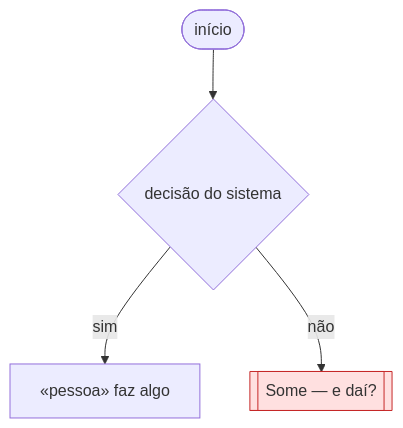
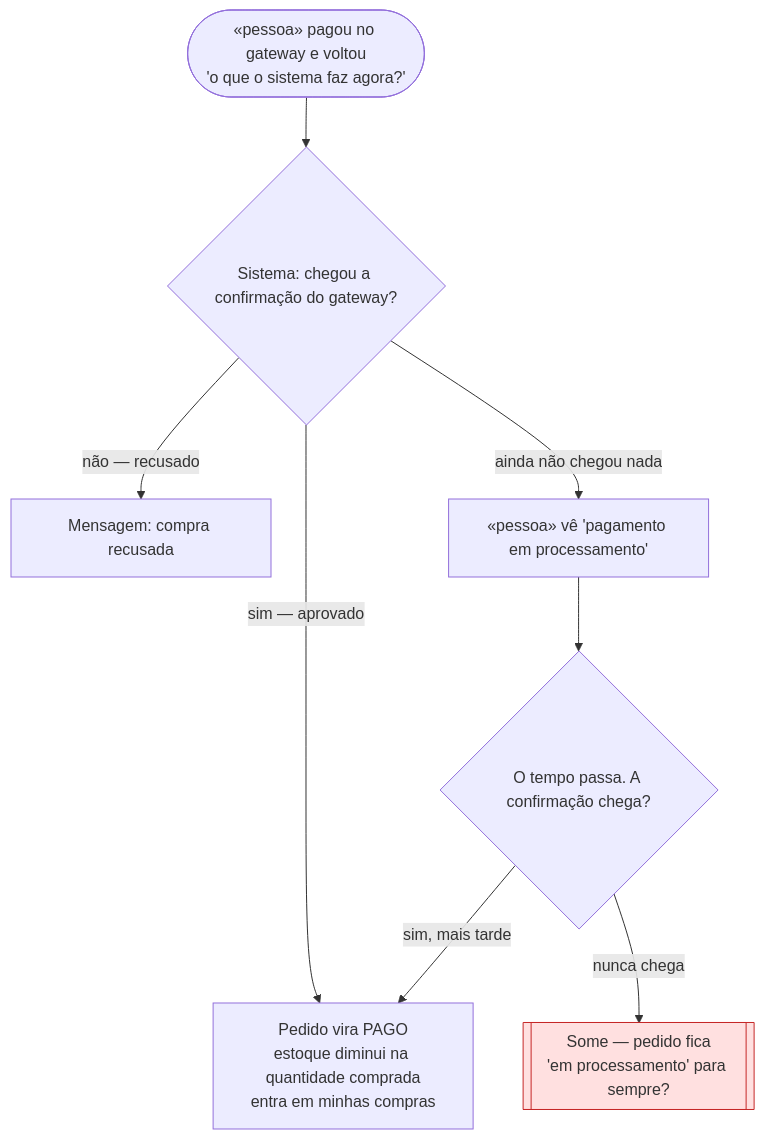
The second of 2 diagrams in docs/user-flows.md (pablo-pereira-dev/GameVault), drawn with Mermaid before and after one commit. The commit also changed other lines of this file and 1 other file, not shown here.

````diff
--- a/docs/user-flows.md
+++ b/docs/user-flows.md
@@ -25,8 +51,12 @@
 ```mermaid
 flowchart TD
-    A(["início"]) --> B{"decisão do sistema"}
-    B -->|"sim"| C["«pessoa» faz algo"]
-    B -->|"não"| X1[["Some — e daí?"]]
+    A(["«pessoa» pagou no gateway e voltou<br/>'o que o sistema faz agora?'"]) --> B{"Sistema: chegou a confirmação do gateway?"}
+    B -->|"sim — aprovado"| C["Pedido vira PAGO<br/>estoque diminui na quantidade comprada<br/>entra em minhas compras"]
+    B -->|"não — recusado"| D["Mensagem: compra recusada"]
+    B -->|"ainda não chegou nada"| E["«pessoa» vê 'pagamento em processamento'"]
+    E --> F{"O tempo passa. A confirmação chega?"}
+    F -->|"sim, mais tarde"| C
+    F -->|"nunca chega"| X1[["Some — pedido fica<br/>'em processamento' para sempre?"]]
 
     style X1 fill:#ffe0e0,stroke:#c62828
 ```
````
